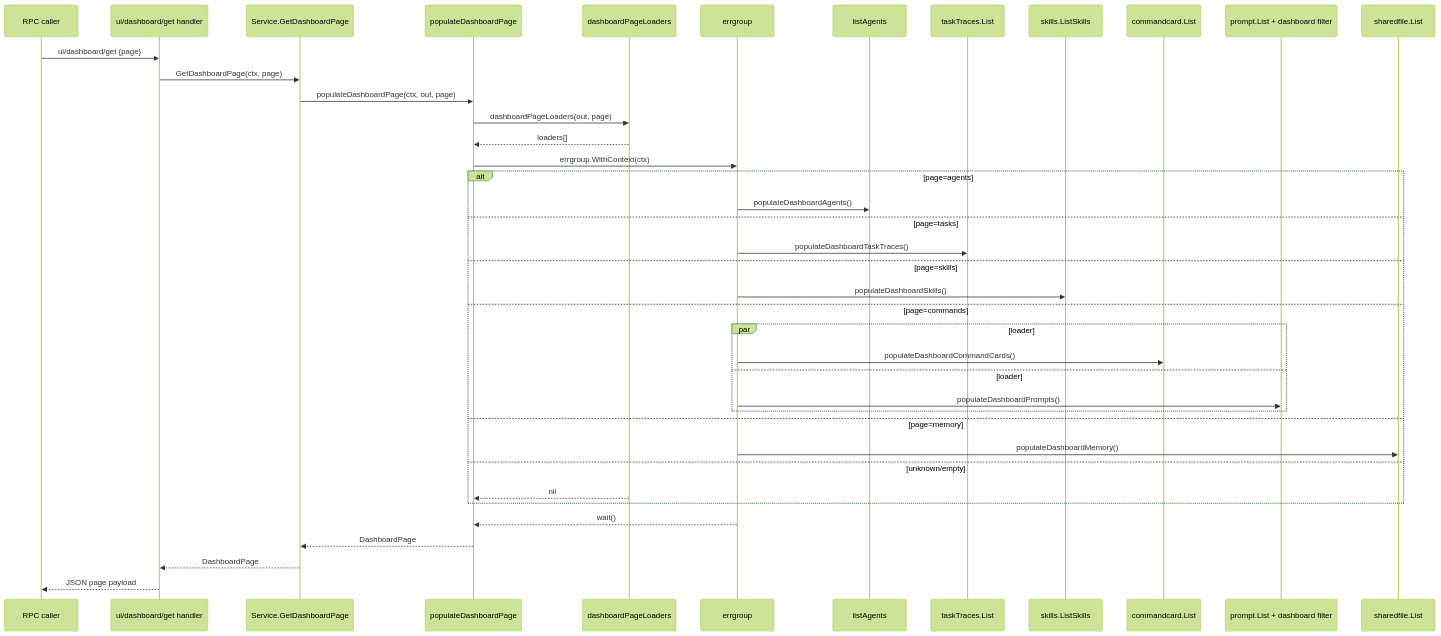
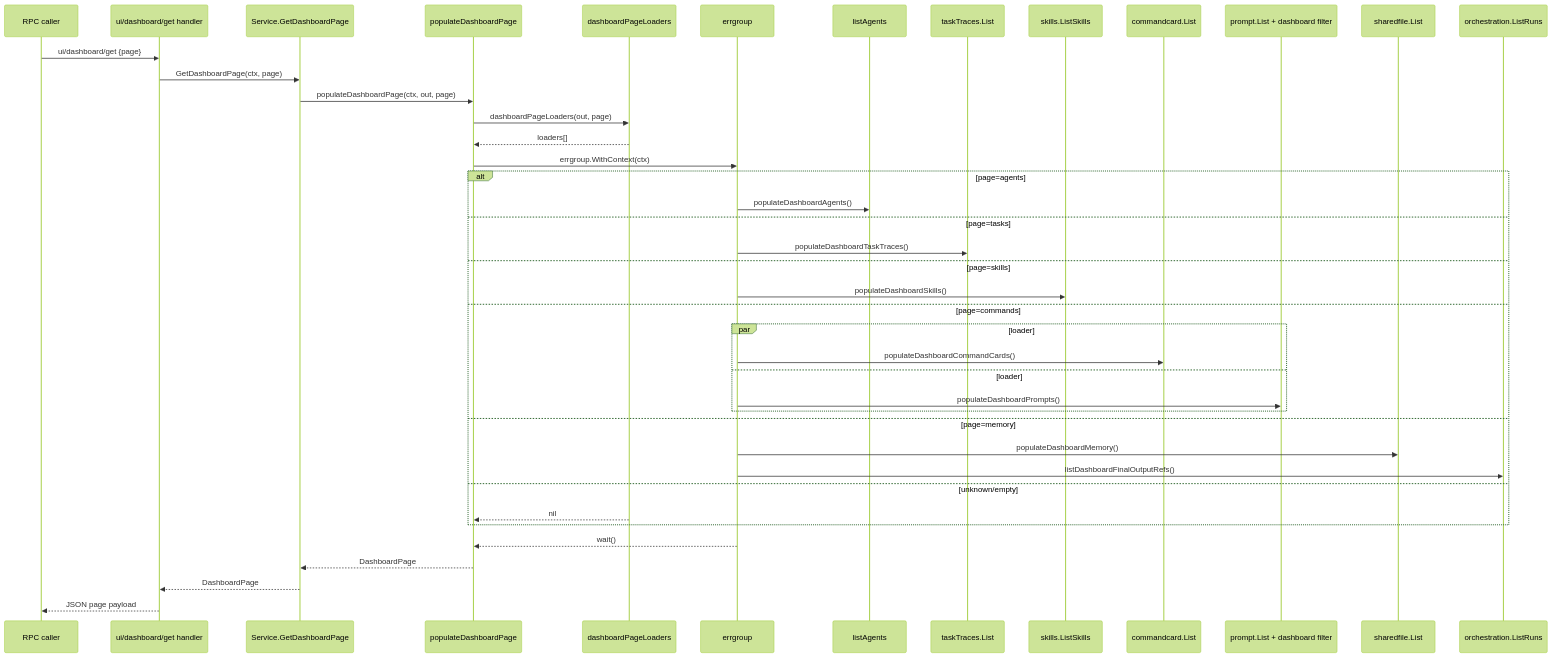
Before and after one commit to lihah111222333-cloud/Super-Dolphin-Agent-Cockpit: the third of 8 diagrams in docs/doc/codemap/07-module-read.md, drawn with Mermaid (forest theme). The commit also changed other lines of this file and 5 other files, not shown here.

Commit message:
docs(codemap): document final output UI flow

````diff
--- a/docs/doc/codemap/07-module-read.md
+++ b/docs/doc/codemap/07-module-read.md
@@ -81,43 +82,45 @@
 ```mermaid
 sequenceDiagram
     participant C as RPC caller
     participant H as ui/dashboard/get handler
     participant S as Service.GetDashboardPage
     participant P as populateDashboardPage
     participant L as dashboardPageLoaders
     participant G as errgroup
     participant A as listAgents
     participant T as taskTraces.List
     participant K as skills.ListSkills
     participant CC as commandcard.List
     participant PR as prompt.List + dashboard filter
     participant M as sharedfile.List
+    participant R as orchestration.ListRuns
 
     C->>H: ui/dashboard/get {page}
     H->>S: GetDashboardPage(ctx, page)
     S->>P: populateDashboardPage(ctx, out, page)
     P->>L: dashboardPageLoaders(out, page)
     L-->>P: loaders[]
     P->>G: errgroup.WithContext(ctx)
     alt page=agents
         G->>A: populateDashboardAgents()
     else page=tasks
         G->>T: populateDashboardTaskTraces()
     else page=skills
         G->>K: populateDashboardSkills()
     else page=commands
         par loader#1
             G->>CC: populateDashboardCommandCards()
         and loader#2
             G->>PR: populateDashboardPrompts()
         end
     else page=memory
         G->>M: populateDashboardMemory()
+        G->>R: listDashboardFinalOutputRefs()
     else unknown/empty
         L-->>P: nil
     end
     G-->>P: wait()
     P-->>S: DashboardPage
     S-->>H: DashboardPage
     H-->>C: JSON page payload
 ```
````
